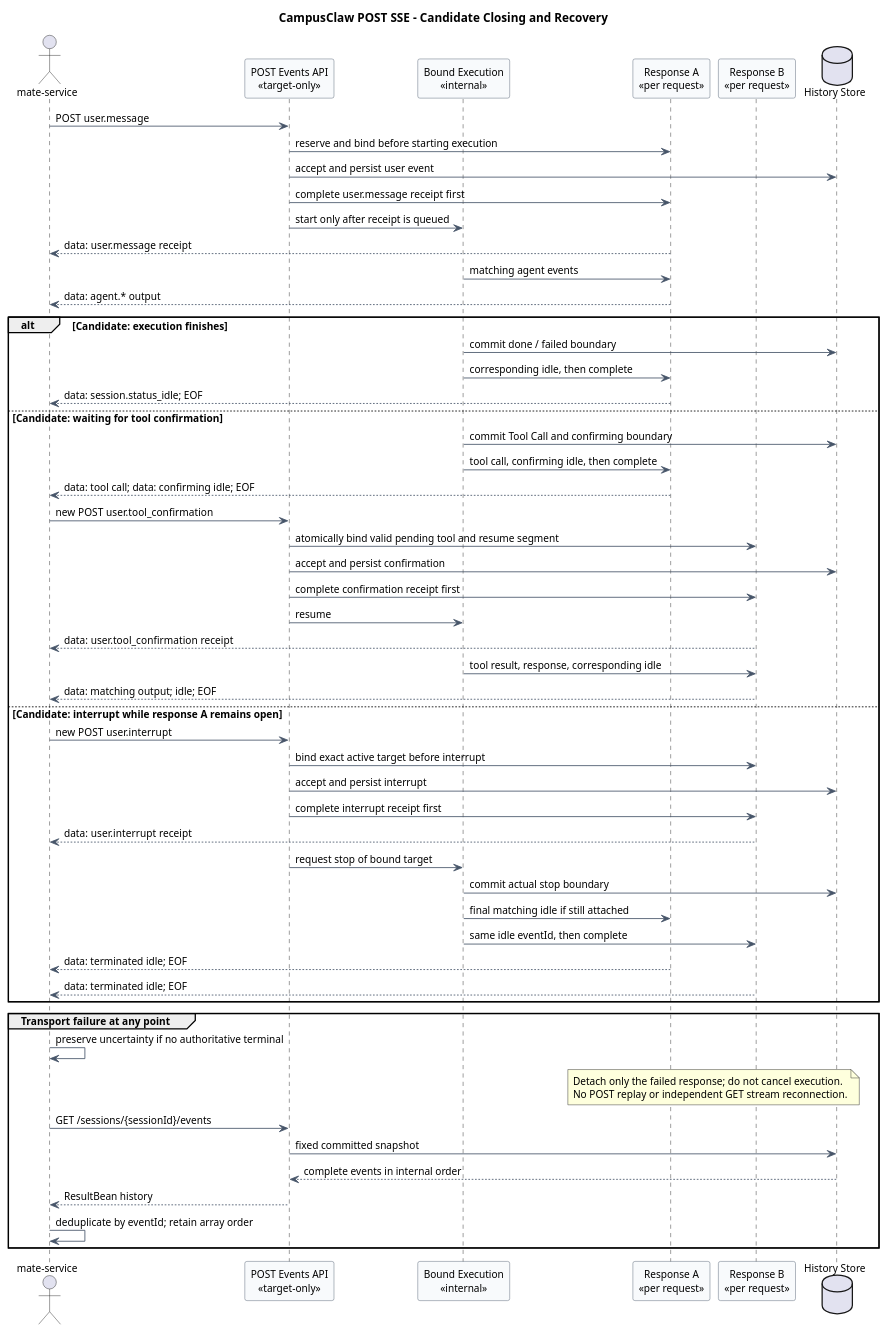
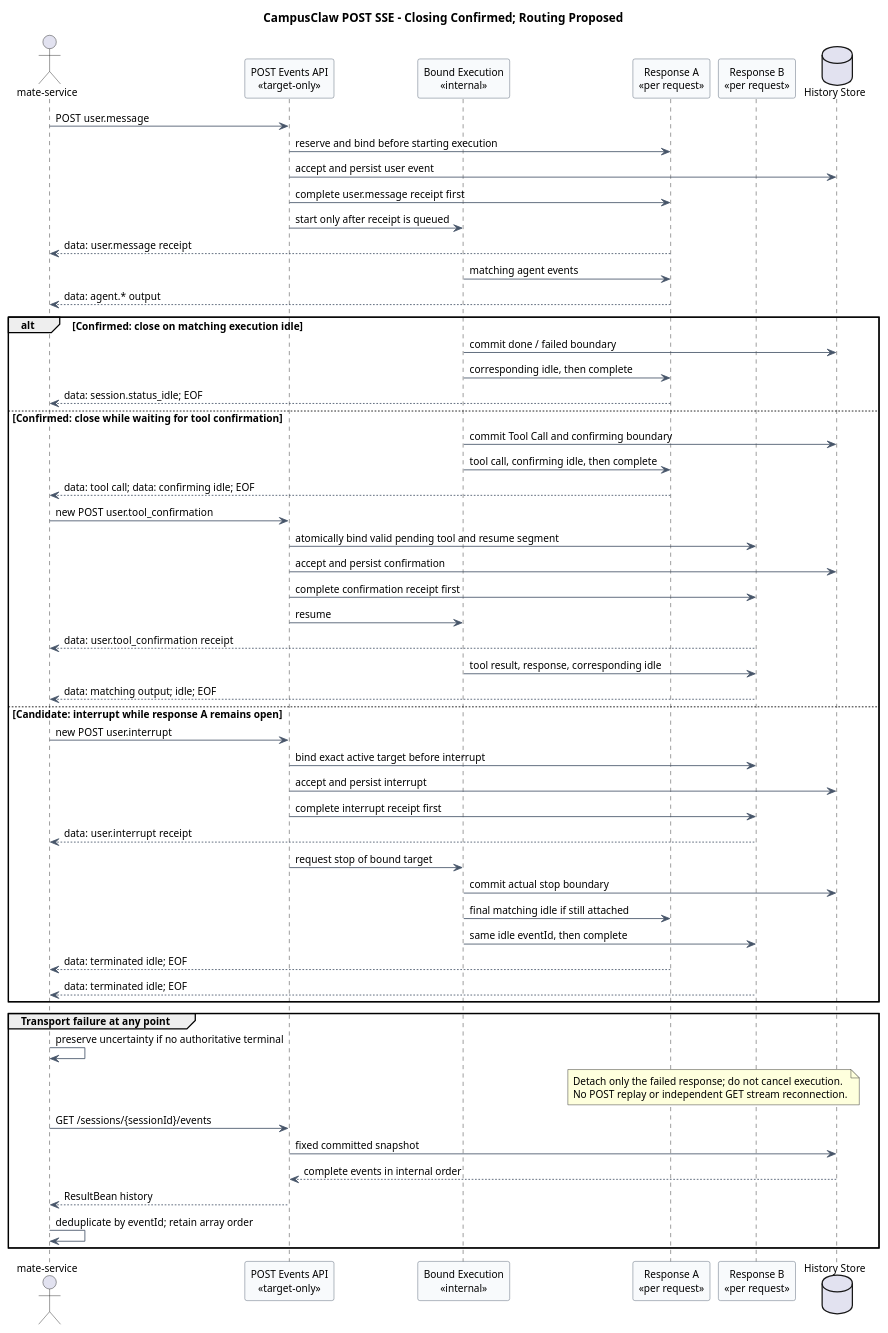
Before and after one commit to ssm0808/pi-mono-java-design: the third of 3 diagrams in 01-总体架构/01-CampusClaw多Agent运行时/设计图/事件接口重设计/diagram.puml, drawn with PlantUML. The commit also changed other lines of this file and 11 other files, not shown here.

Commit message:
docs(runtime): 确认 POST SSE 的 idle 结束规则

```diff
--- a/01-总体架构/01-CampusClaw多Agent运行时/设计图/事件接口重设计/diagram.puml
+++ b/01-总体架构/01-CampusClaw多Agent运行时/设计图/事件接口重设计/diagram.puml
@@ -187,80 +187,80 @@
 @startuml target_session_live_stream_lifecycle
-title CampusClaw POST SSE - Candidate Closing and Recovery
+title CampusClaw POST SSE - Closing Confirmed; Routing Proposed
 ' Stable block name retained for existing SVG links; this is no longer a GET stream.
 ' Source evidence: pi-mono-java 918005ee8ccc88d179fc31a0de17a92b4a01383b.
 ' campusclaw/src/main/java/com/huawei/hicampus/claw/codingagent/runtimeapi/event/RuntimeTerminalEventFactory.java,
 ' emit, lines 34-57: current idle plus stream.end, or stream.error on failure.
 ' campusclaw/src/main/java/com/huawei/hicampus/claw/codingagent/runtimeapi/web/RuntimeSseEmitterSubscriber.java,
 ' onEvent/onComplete, lines 33-49: named SSE; explicit emitter completion.
 ' Confirmed: one POST for input/output, user receipt first, data-only and type+phase.
-' Target-only: matching idle ends this response, confirming splits the interaction.
+' Confirmed target-only: matching idle ends this response, including confirmation waits.
 ' Design reason: do not keep a completed request open for unrelated later messages.
-' Control binding, idle reasons and exact closing behavior are still unconfirmed.
+' Control binding, idle reason literals and failure details remain unconfirmed.
 skinparam backgroundColor #FFFFFF
 skinparam shadowing false
 skinparam defaultFontName Arial
 skinparam defaultFontSize 12
 skinparam sequence {
   ParticipantBackgroundColor #F8FAFC
   ParticipantBorderColor #475569
   ArrowColor #475569
 }
 actor "mate-service" as Client
 participant "POST Events API\n<<target-only>>" as API
 participant "Bound Execution\n<<internal>>" as Execution
 participant "Response A\n<<per request>>" as A
 participant "Response B\n<<per request>>" as B
 database "History Store" as Store
 
 Client -> API : POST user.message
 API -> A : reserve and bind before starting execution
 API -> Store : accept and persist user event
 API -> A : complete user.message receipt first
 API -> Execution : start only after receipt is queued
 A --> Client : data: user.message receipt
 Execution -> A : matching agent events
 A --> Client : data: agent.* output
 
-alt Candidate: execution finishes
+alt Confirmed: close on matching execution idle
   Execution -> Store : commit done / failed boundary
   Execution -> A : corresponding idle, then complete
   A --> Client : data: session.status_idle; EOF
-else Candidate: waiting for tool confirmation
+else Confirmed: close while waiting for tool confirmation
   Execution -> Store : commit Tool Call and confirming boundary
   Execution -> A : tool call, confirming idle, then complete
   A --> Client : data: tool call; data: confirming idle; EOF
   Client -> API : new POST user.tool_confirmation
   API -> B : atomically bind valid pending tool and resume segment
   API -> Store : accept and persist confirmation
   API -> B : complete confirmation receipt first
   API -> Execution : resume
   B --> Client : data: user.tool_confirmation receipt
   Execution -> B : tool result, response, corresponding idle
   B --> Client : data: matching output; idle; EOF
 else Candidate: interrupt while response A remains open
   Client -> API : new POST user.interrupt
   API -> B : bind exact active target before interrupt
   API -> Store : accept and persist interrupt
   API -> B : complete interrupt receipt first
   B --> Client : data: user.interrupt receipt
   API -> Execution : request stop of bound target
   Execution -> Store : commit actual stop boundary
   Execution -> A : final matching idle if still attached
   Execution -> B : same idle eventId, then complete
   A --> Client : data: terminated idle; EOF
   B --> Client : data: terminated idle; EOF
 end
 
 group Transport failure at any point
   Client -> Client : preserve uncertainty if no authoritative terminal
   note over A,B
   Detach only the failed response; do not cancel execution.
   No POST replay or independent GET stream reconnection.
   end note
   Client -> API : GET /sessions/{sessionId}/events
   API -> Store : fixed committed snapshot
   Store --> API : complete events in internal order
   API --> Client : ResultBean history
   Client -> Client : deduplicate by eventId; retain array order
 end
 @enduml
```
